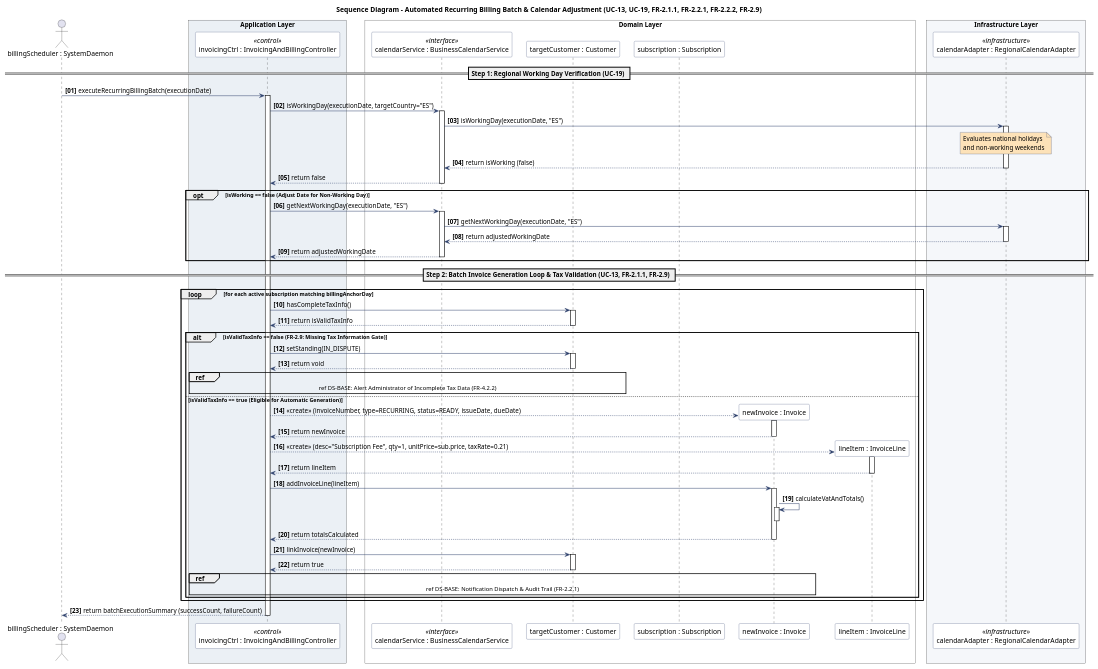
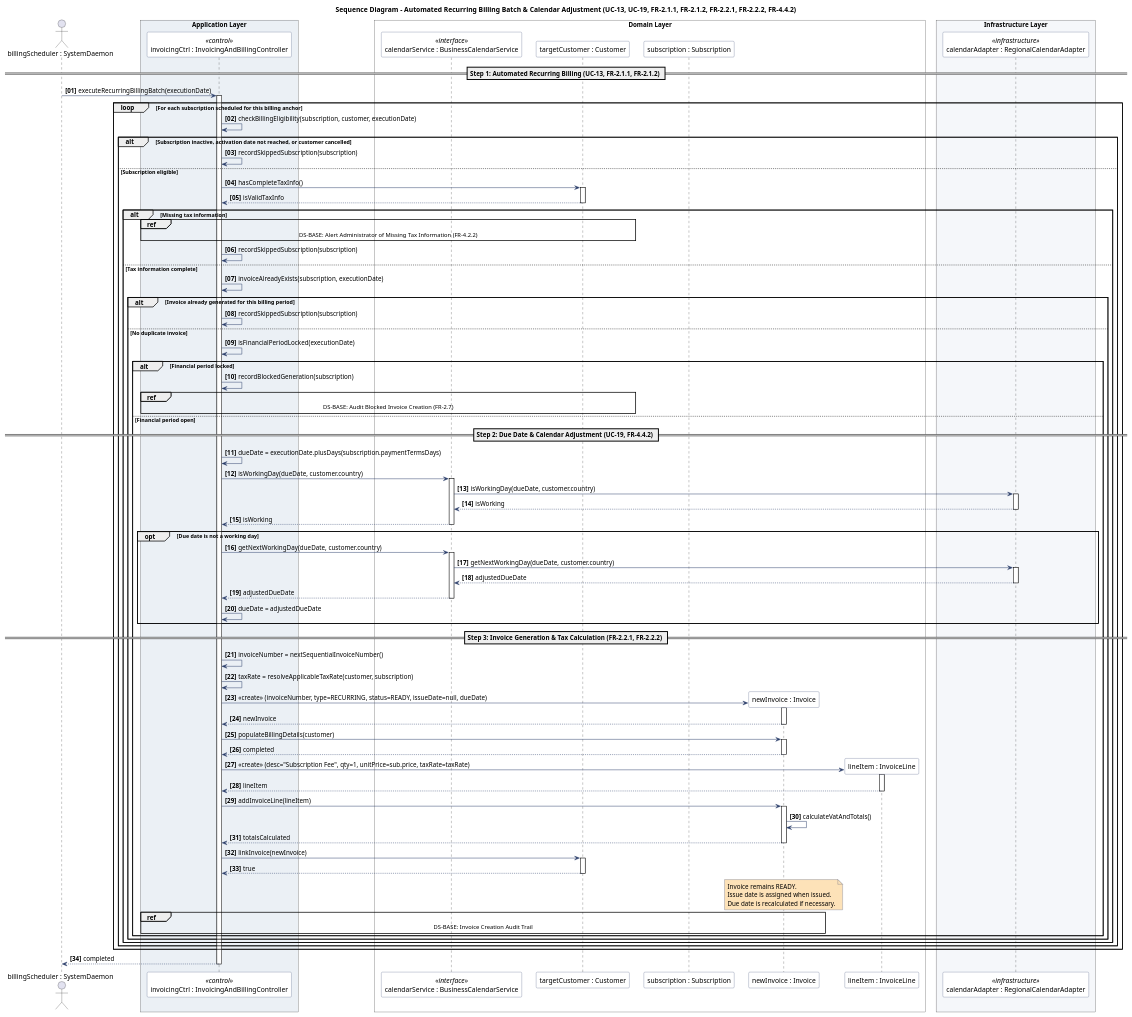
The diagram in doc/src/sequence-diagrams/SequenceDiagram-3-Recurring-Billing-Batch.pu (Sandunga-ADAProj/ada-project), drawn with PlantUML before and after one commit. The commit also changed 12 other files, not shown here.

Commit message:
Updated class and sequence diagram and improved overall consistency

```diff
--- a/doc/src/sequence-diagrams/SequenceDiagram-3-Recurring-Billing-Batch.pu
+++ b/doc/src/sequence-diagrams/SequenceDiagram-3-Recurring-Billing-Batch.pu
@@ -1,126 +1,174 @@
 @startuml
 skinparam boxPadding 10
 skinparam participantPadding 10
 
 ' Component/Participant styling
 skinparam participant {
     BackgroundColor #FFFFFF
     BorderColor #2B3E6A
     FontColor #000000
 }
 
 ' Arrow styling
 skinparam arrow {
     Color #2B3E6A
 }
 
 ' Note styling
 skinparam note {
     BackgroundColor #FDE2B8
     BorderColor #2B3E6A
     FontColor #000000
     FontName monospace
 }
 
-title Sequence Diagram - Automated Recurring Billing Batch & Calendar Adjustment (UC-13, UC-19, FR-2.1.1, FR-2.2.1, FR-2.2.2, FR-2.9)
+title Sequence Diagram - Automated Recurring Billing Batch & Calendar Adjustment (UC-13, UC-19, FR-2.1.1, FR-2.1.2, FR-2.2.1, FR-2.2.2, FR-4.4.2)
 
 actor Scheduler as "billingScheduler : SystemDaemon"
 
 box "Application Layer" #EBF0F5
     participant Ctrl as "invoicingCtrl : InvoicingAndBillingController" <<control>>
 end box
 
 box "Domain Layer" #FFFFFF
     participant Calendar as "calendarService : BusinessCalendarService" <<interface>>
     participant Customer as "targetCustomer : Customer"
     participant Sub as "subscription : Subscription"
     participant Invoice as "newInvoice : Invoice"
     participant Line as "lineItem : InvoiceLine"
 end box
 
 box "Infrastructure Layer" #F5F7FA
     participant CalAdapter as "calendarAdapter : RegionalCalendarAdapter" <<infrastructure>>
 end box
 
 ' --- SEQUENCE FLOW ---
 
 autonumber "<b>[00]</b>"
 
-== Step 1: Regional Working Day Verification (UC-19) ==
+
+== Step 1: Automated Recurring Billing (UC-13, FR-2.1.1, FR-2.1.2) ==
 
 Scheduler -> Ctrl : executeRecurringBillingBatch(executionDate)
 activate Ctrl
 
-Ctrl -> Calendar : isWorkingDay(executionDate, targetCountry="ES")
-activate Calendar
+loop For each subscription scheduled for this billing anchor
 
-Calendar -> CalAdapter : isWorkingDay(executionDate, "ES")
-activate CalAdapter
-note over CalAdapter: Evaluates national holidays\nand non-working weekends
-CalAdapter --> Calendar : return isWorking (false)
-deactivate CalAdapter
+    Ctrl -> Ctrl : checkBillingEligibility(subscription, customer, executionDate)
 
-Calendar --> Ctrl : return false
-deactivate Calendar
+    alt Subscription inactive, activation date not reached, or customer cancelled
+        Ctrl -> Ctrl : recordSkippedSubscription(subscription)
 
-opt isWorking == false (Adjust Date for Non-Working Day)
-    Ctrl -> Calendar : getNextWorkingDay(executionDate, "ES")
-    activate Calendar
-    Calendar -> CalAdapter : getNextWorkingDay(executionDate, "ES")
-    activate CalAdapter
-    CalAdapter --> Calendar : return adjustedWorkingDate
-    deactivate CalAdapter
-    Calendar --> Ctrl : return adjustedWorkingDate
-    deactivate Calendar
-end
+    else Subscription eligible
 
-== Step 2: Batch Invoice Generation Loop & Tax Validation (UC-13, FR-2.1.1, FR-2.9) ==
-
-loop for each active subscription matching billingAnchorDay
-    Ctrl -> Customer : hasCompleteTaxInfo()
-    activate Customer
-    Customer --> Ctrl : return isValidTaxInfo
-    deactivate Customer
-
-    alt isValidTaxInfo == false (FR-2.9: Missing Tax Information Gate)
-        Ctrl -> Customer : setStanding(IN_DISPUTE)
+        Ctrl -> Customer : hasCompleteTaxInfo()
         activate Customer
-        Customer --> Ctrl : return void
+        Customer --> Ctrl : isValidTaxInfo
         deactivate Customer
 
-        ref over Ctrl, Customer : ref DS-BASE: Alert Administrator of Incomplete Tax Data (FR-4.2.2)
-    else isValidTaxInfo == true (Eligible for Automatic Generation)
-        create Invoice
-        Ctrl --> Invoice : <<create>> (invoiceNumber, type=RECURRING, status=READY, issueDate, dueDate)
-        activate Invoice
-        Invoice --> Ctrl : return newInvoice
-        deactivate Invoice
+        alt Missing tax information
 
-        create Line
-        Ctrl --> Line : <<create>> (desc="Subscription Fee", qty=1, unitPrice=sub.price, taxRate=0.21)
-        activate Line
-        Line --> Ctrl : return lineItem
-        deactivate Line
+            ref over Ctrl, Customer : DS-BASE: Alert Administrator of Missing Tax Information (FR-4.2.2)
 
-        Ctrl -> Invoice : addInvoiceLine(lineItem)
-        activate Invoice
-        ' Autofill and VAT compliance calculations (FR-2.2.2)
-        Invoice -> Invoice : calculateVatAndTotals()
-        activate Invoice
-        deactivate Invoice
-        Invoice --> Ctrl : return totalsCalculated
-        deactivate Invoice
+            Ctrl -> Ctrl : recordSkippedSubscription(subscription)
 
-        Ctrl -> Customer : linkInvoice(newInvoice)
-        activate Customer
-        Customer --> Ctrl : return true
-        deactivate Customer
+        else Tax information complete
 
-        ref over Ctrl, Invoice : ref DS-BASE: Notification Dispatch & Audit Trail (FR-2.2.1)
+            Ctrl -> Ctrl : invoiceAlreadyExists(subscription, executionDate)
+
+            alt Invoice already generated for this billing period
+                Ctrl -> Ctrl : recordSkippedSubscription(subscription)
+
+            else No duplicate invoice
+
+                Ctrl -> Ctrl : isFinancialPeriodLocked(executionDate)
+
+                alt Financial period locked
+                    Ctrl -> Ctrl : recordBlockedGeneration(subscription)
+
+                    ref over Ctrl, Customer : DS-BASE: Audit Blocked Invoice Creation (FR-2.7)
+
+                else Financial period open
+
+                    == Step 2: Due Date & Calendar Adjustment (UC-19, FR-4.4.2) ==
+
+                    Ctrl -> Ctrl : dueDate = executionDate.plusDays(subscription.paymentTermsDays)
+
+                    Ctrl -> Calendar : isWorkingDay(dueDate, customer.country)
+                    activate Calendar
+
+                    Calendar -> CalAdapter : isWorkingDay(dueDate, customer.country)
+                    activate CalAdapter
+                    CalAdapter --> Calendar : isWorking
+                    deactivate CalAdapter
+
+                    Calendar --> Ctrl : isWorking
+                    deactivate Calendar
+
+                    opt Due date is not a working day
+                        Ctrl -> Calendar : getNextWorkingDay(dueDate, customer.country)
+                        activate Calendar
+
+                        Calendar -> CalAdapter : getNextWorkingDay(dueDate, customer.country)
+                        activate CalAdapter
+                        CalAdapter --> Calendar : adjustedDueDate
+                        deactivate CalAdapter
+
+                        Calendar --> Ctrl : adjustedDueDate
+                        deactivate Calendar
+
+                        Ctrl -> Ctrl : dueDate = adjustedDueDate
+                    end
+
+                    == Step 3: Invoice Generation & Tax Calculation (FR-2.2.1, FR-2.2.2) ==
+
+                    Ctrl -> Ctrl : invoiceNumber = nextSequentialInvoiceNumber()
+                    Ctrl -> Ctrl : taxRate = resolveApplicableTaxRate(customer, subscription)
+
+                    create Invoice
+                    Ctrl -> Invoice : <<create>> (invoiceNumber, type=RECURRING, status=READY, issueDate=null, dueDate)
+                    activate Invoice
+                    Invoice --> Ctrl : newInvoice
+                    deactivate Invoice
+
+                    Ctrl -> Invoice : populateBillingDetails(customer)
+                    activate Invoice
+                    Invoice --> Ctrl : completed
+                    deactivate Invoice
+
+                    create Line
+                    Ctrl -> Line : <<create>> (desc="Subscription Fee", qty=1, unitPrice=sub.price, taxRate=taxRate)
+                    activate Line
+                    Line --> Ctrl : lineItem
+                    deactivate Line
+
+                    Ctrl -> Invoice : addInvoiceLine(lineItem)
+                    activate Invoice
+
+                    Invoice -> Invoice : calculateVatAndTotals()
+
+                    Invoice --> Ctrl : totalsCalculated
+                    deactivate Invoice
+
+                    Ctrl -> Customer : linkInvoice(newInvoice)
+                    activate Customer
+                    Customer --> Ctrl : true
+                    deactivate Customer
+
+                    note over Invoice
+                        Invoice remains READY.
+                        Issue date is assigned when issued.
+                        Due date is recalculated if necessary.
+                    end note
+
+                    ref over Ctrl, Invoice : DS-BASE: Invoice Creation Audit Trail
+
+                end
+            end
+        end
     end
 end
 
-Ctrl --> Scheduler : return batchExecutionSummary (successCount, failureCount)
+Ctrl --> Scheduler : completed
 deactivate Ctrl
-
 @enduml
```
